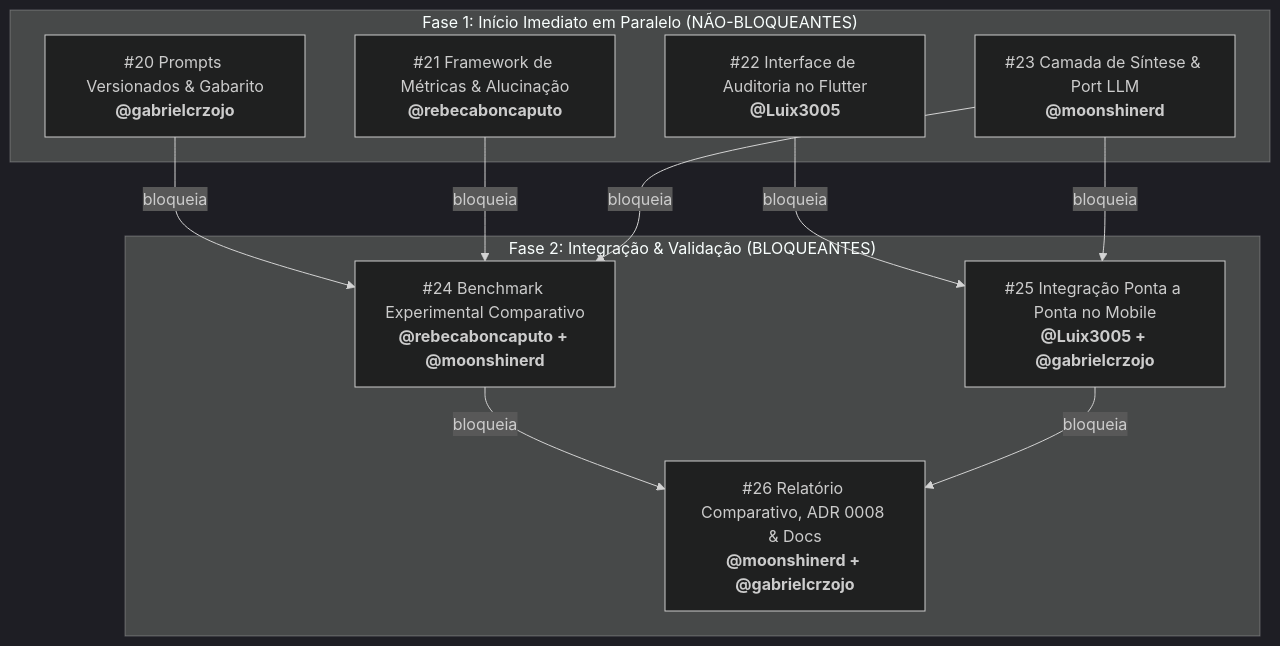
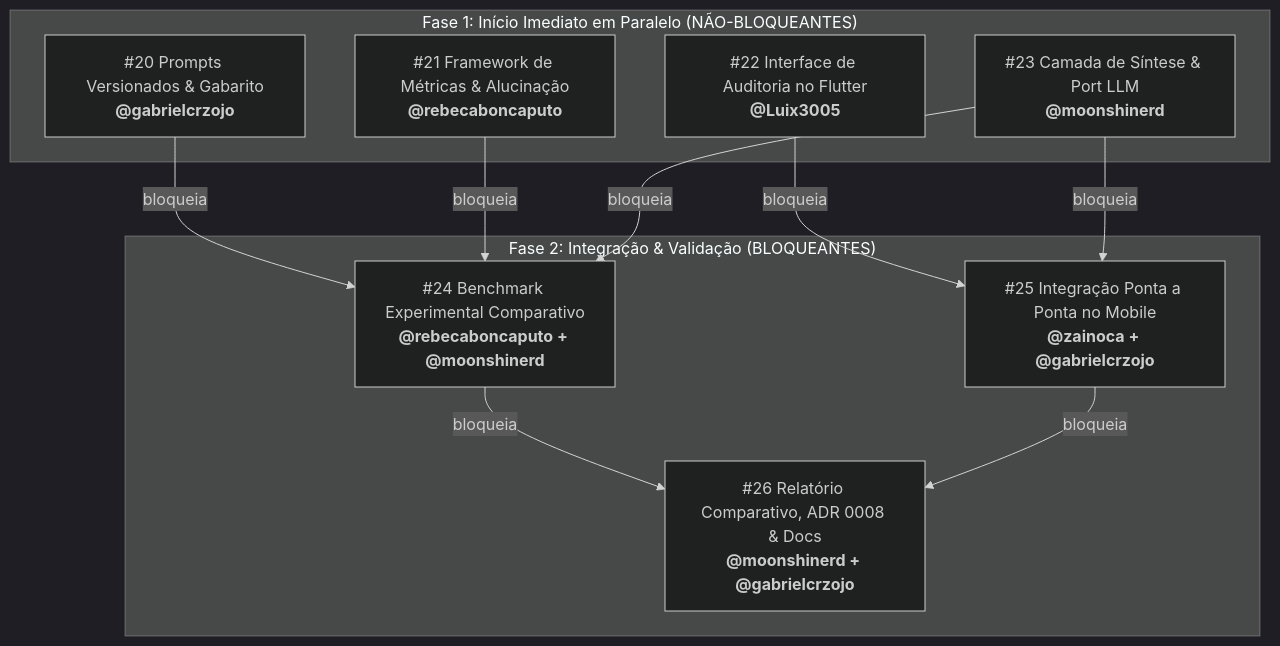
Before and after one commit to moonshinerd/trokim: the diagram in docs/planejamento.md, drawn with Mermaid (dark theme). The commit also changed other lines of this file and 2 other files, not shown here.

Commit message:
docs: atualizar atribuicao da issue 25 para zainoca na semana 3
* docs: atualizar atribuicao da issue 25 para zainoca na semana 3

* ci: acionar nova verificacao para pr 28

* ci: remover upload de artefato para contornar limite de cota de storage

* ci: acionar os 3 checks necessarios para a branch protection

````diff
--- a/docs/planejamento.md
+++ b/docs/planejamento.md
@@ -47,25 +47,25 @@
 ```mermaid
 flowchart TD
     subgraph "Fase 1: Início Imediato em Paralelo (NÃO-BLOQUEANTES)"
         T20["#20 Prompts Versionados & Gabarito<br/><b>@gabrielcrzojo</b>"]
         T21["#21 Framework de Métricas & Alucinação<br/><b>@rebecaboncaputo</b>"]
         T22["#22 Interface de Auditoria no Flutter<br/><b>@Luix3005</b>"]
         T23["#23 Camada de Síntese & Port LLM<br/><b>@moonshinerd</b>"]
     end
 
     subgraph "Fase 2: Integração & Validação (BLOQUEANTES)"
         T24["#24 Benchmark Experimental Comparativo<br/><b>@rebecaboncaputo + @moonshinerd</b>"]
-        T25["#25 Integração Ponta a Ponta no Mobile<br/><b>@Luix3005 + @gabrielcrzojo</b>"]
+        T25["#25 Integração Ponta a Ponta no Mobile<br/><b>@zainoca + @gabrielcrzojo</b>"]
         T26["#26 Relatório Comparativo, ADR 0008 & Docs<br/><b>@moonshinerd + @gabrielcrzojo</b>"]
     end
 
     T20 -->|bloqueia| T24
     T21 -->|bloqueia| T24
     T23 -->|bloqueia| T24
 
     T22 -->|bloqueia| T25
     T23 -->|bloqueia| T25
 
     T24 -->|bloqueia| T26
     T25 -->|bloqueia| T26
 ```
````
